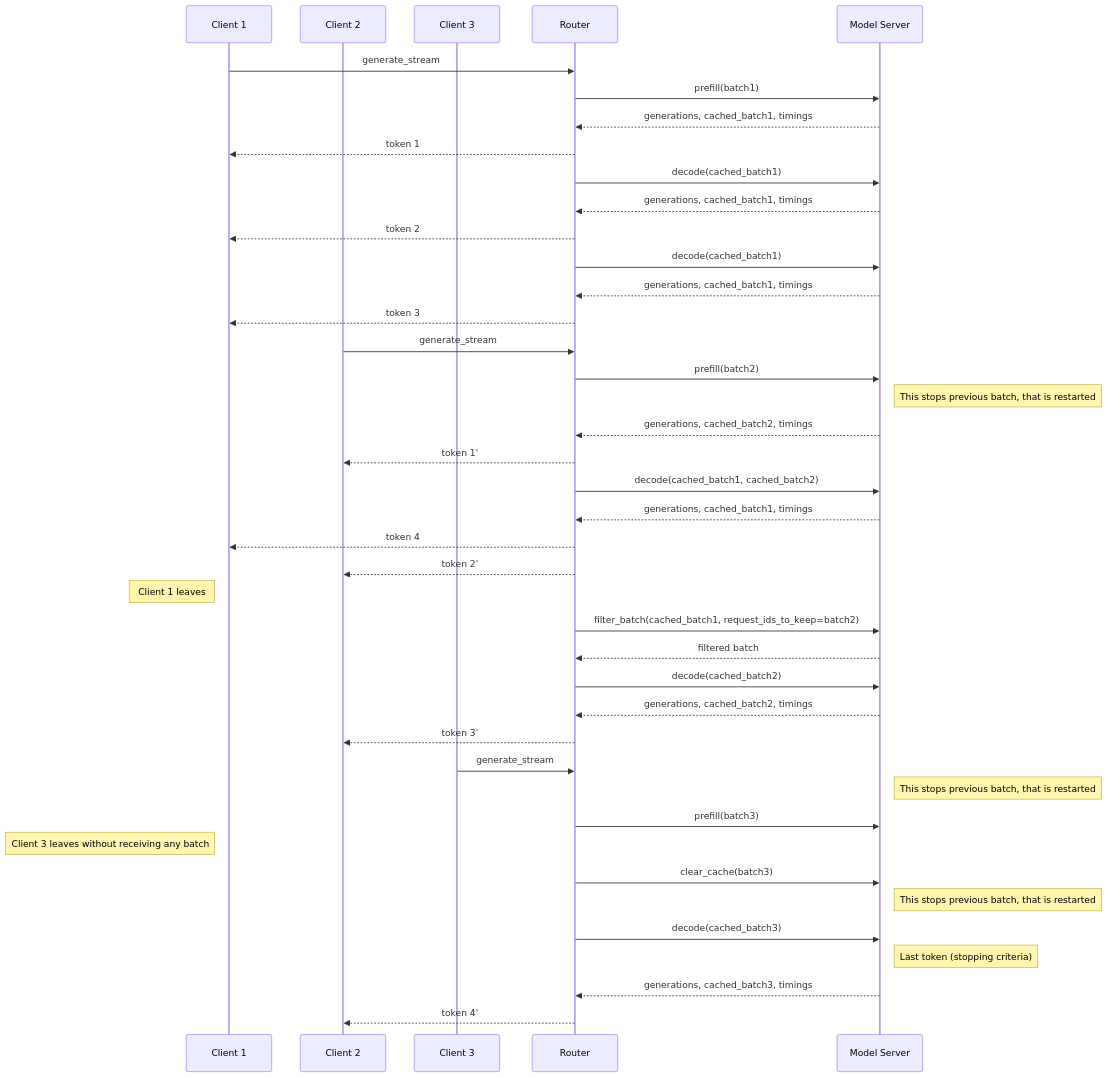
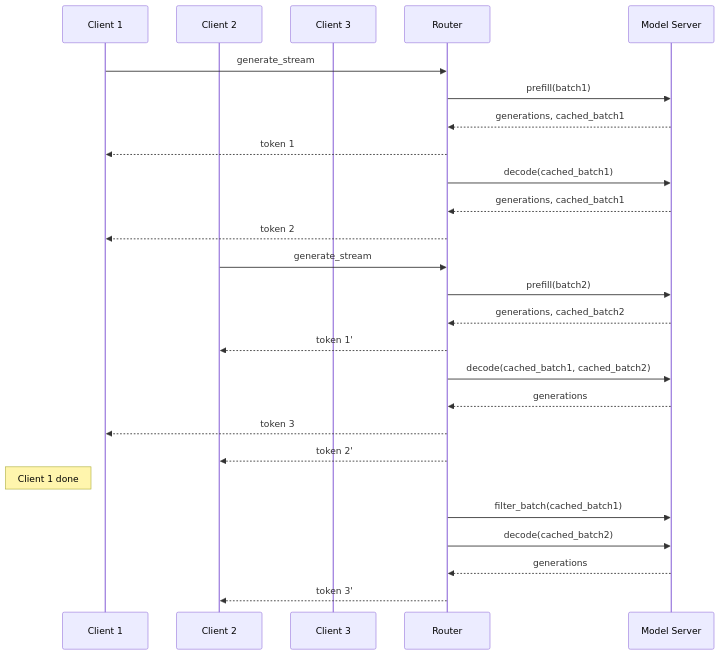
Before and after one commit to Ammar-Alnagar/Ember: the second of 2 diagrams in docs/source/architecture.md, drawn with Mermaid. The commit also changed other lines of this file and 22 other files, not shown here.

````diff
--- a/docs/source/architecture.md
+++ b/docs/source/architecture.md
@@ -181,54 +132,33 @@
 ```mermaid
 sequenceDiagram
     participant Client 1
     participant Client 2
     participant Client 3
     participant Router
     participant Model Server
 
     Client 1->>Router: generate_stream
     Router->>Model Server: prefill(batch1)
-    Model Server-->>Router: generations, cached_batch1, timings
+    Model Server-->>Router: generations, cached_batch1
     Router-->>Client 1: token 1
 
     Router->>Model Server: decode(cached_batch1)
-    Model Server-->>Router: generations, cached_batch1, timings
+    Model Server-->>Router: generations, cached_batch1
     Router-->>Client 1: token 2
-
-    Router->>Model Server: decode(cached_batch1)
-    Model Server-->>Router: generations, cached_batch1, timings
-    Router-->>Client 1: token 3
 
     Client 2->>Router: generate_stream
     Router->>Model Server: prefill(batch2)
-    Note right of Model Server: This stops previous batch, that is restarted
-    Model Server-->>Router: generations, cached_batch2, timings
+    Model Server-->>Router: generations, cached_batch2
     Router-->>Client 2: token 1'
 
     Router->>Model Server: decode(cached_batch1, cached_batch2)
-    Model Server-->>Router: generations, cached_batch1, timings
-    Router-->>Client 1: token 4
+    Model Server-->>Router: generations
+    Router-->>Client 1: token 3
     Router-->>Client 2: token 2'
 
-    Note left of Client 1: Client 1 leaves
-    Router->>Model Server: filter_batch(cached_batch1, request_ids_to_keep=batch2)
-    Model Server-->>Router: filtered batch
-
+    Note left of Client 1: Client 1 done
+    Router->>Model Server: filter_batch(cached_batch1)
     Router->>Model Server: decode(cached_batch2)
-    Model Server-->>Router: generations, cached_batch2, timings
+    Model Server-->>Router: generations
     Router-->>Client 2: token 3'
-
-    Client 3->>Router: generate_stream
-    Note right of Model Server: This stops previous batch, that is restarted
-    Router->>Model Server: prefill(batch3)
-    Note left of Client 1: Client 3 leaves without receiving any batch
-    Router->>Model Server: clear_cache(batch3)
-    Note right of Model Server: This stops previous batch, that is restarted
-
-    Router->>Model Server: decode(cached_batch3)
-    Note right of Model Server: Last token (stopping criteria)
-    Model Server-->>Router: generations, cached_batch3, timings
-    Router-->>Client 2: token 4'
-
-
 ```
````
